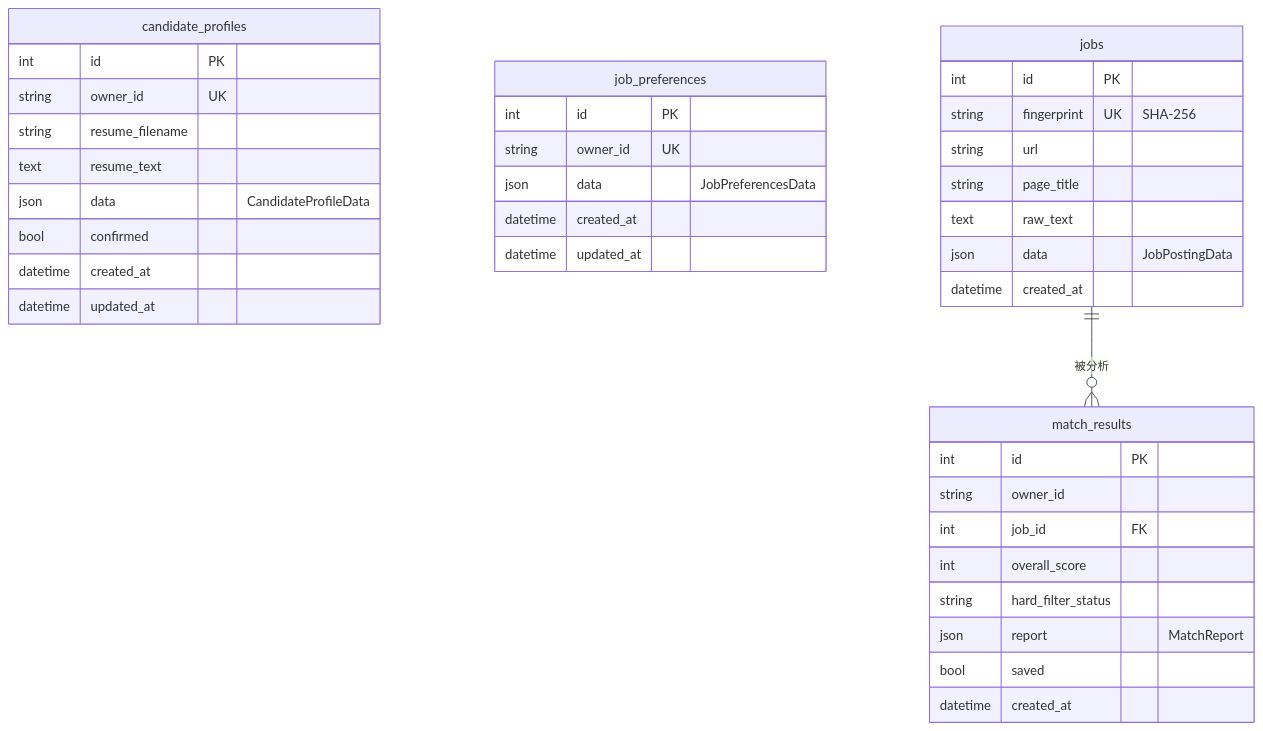
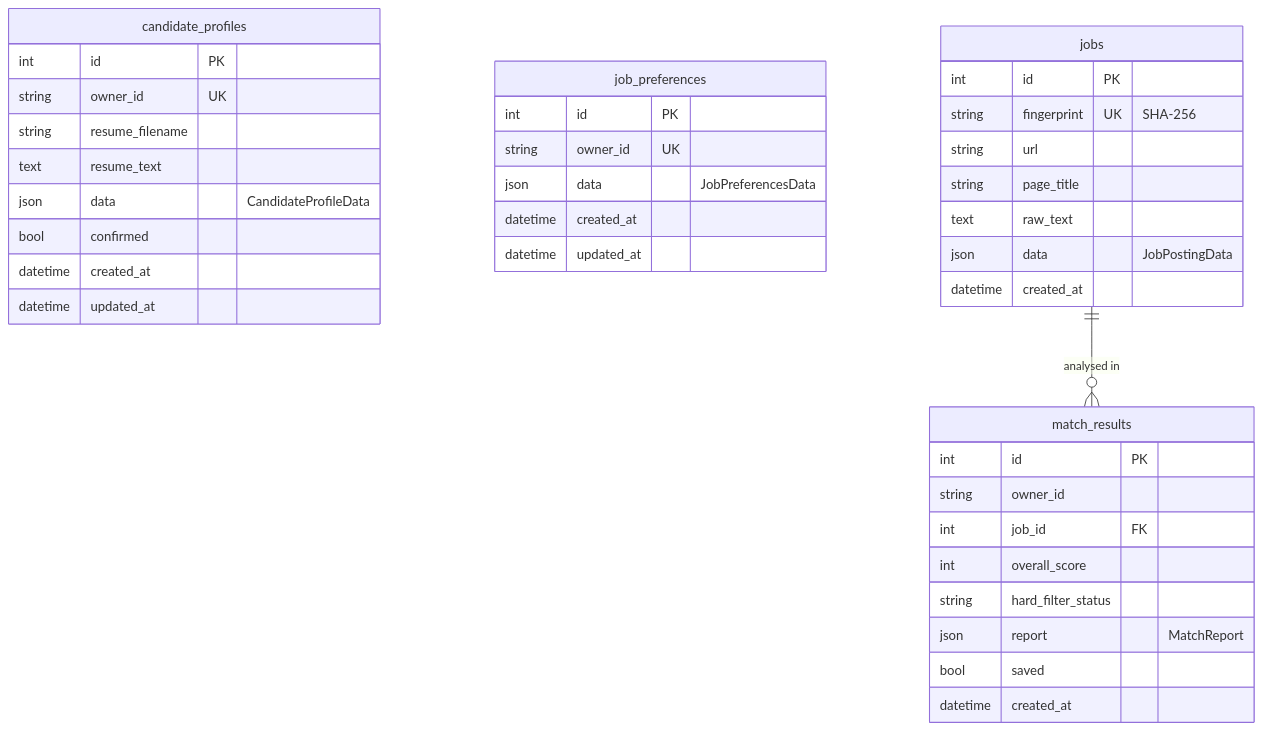
Before and after one commit to TuringChicken/JobPilot: the seventh of 7 diagrams in docs/BACKEND.md, drawn with Mermaid. The commit also changed other lines of this file and 3 other files, not shown here.

````diff
--- a/docs/BACKEND.md
+++ b/docs/BACKEND.md
@@ -241,40 +241,40 @@
 ```mermaid
 erDiagram
     candidate_profiles {
         int id PK
         string owner_id UK
         string resume_filename
         text resume_text
         json data "CandidateProfileData"
         bool confirmed
         datetime created_at
         datetime updated_at
     }
     job_preferences {
         int id PK
         string owner_id UK
         json data "JobPreferencesData"
         datetime created_at
         datetime updated_at
     }
     jobs {
         int id PK
         string fingerprint UK "SHA-256"
         string url
         string page_title
         text raw_text
         json data "JobPostingData"
         datetime created_at
     }
     match_results {
         int id PK
         string owner_id
         int job_id FK
         int overall_score
         string hard_filter_status
         json report "MatchReport"
         bool saved
         datetime created_at
     }
-    jobs ||--o{ match_results : "被分析"
+    jobs ||--o{ match_results : "analysed in"
 ```
````
